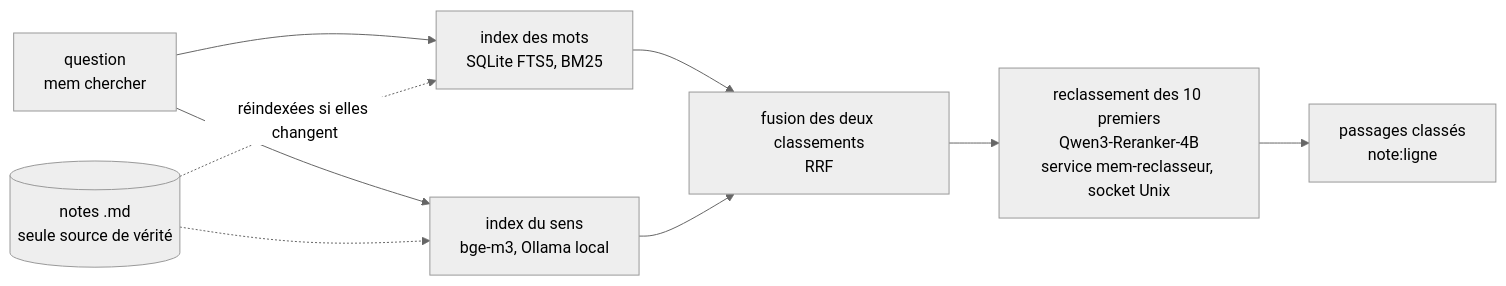
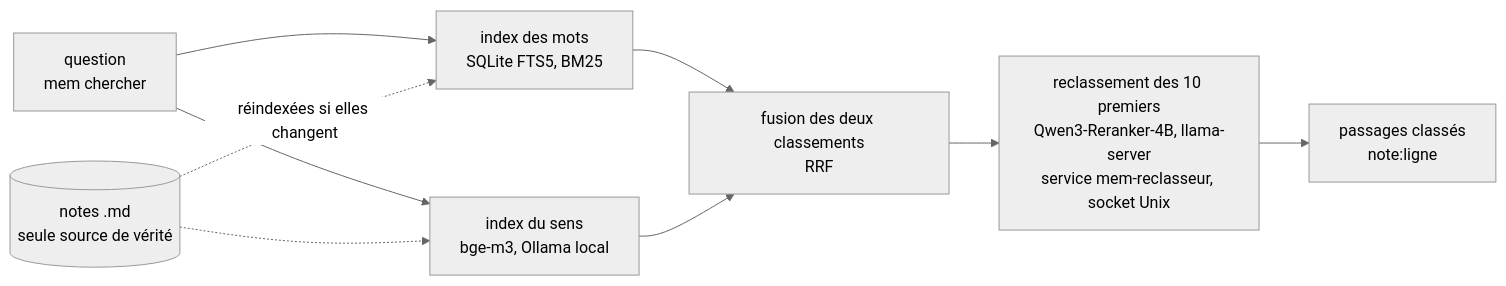
The first of 2 diagrams in README.fr.md (drly77/mem-agents), drawn with Mermaid (neutral theme) before and after one commit. The commit also changed other lines of this file and 6 other files, not shown here.

Commit message:
reclasseur : installation par llama-server, ancienne méthode Node.js gardée ; README et temps mis à jour

````diff
--- a/README.fr.md
+++ b/README.fr.md
@@ -144,11 +145,11 @@
 ```mermaid
 flowchart LR
   Q["question<br/>mem chercher"] --> W["index des mots<br/>SQLite FTS5, BM25"]
   Q --> S["index du sens<br/>bge-m3, Ollama local"]
   W --> F["fusion des deux classements<br/>RRF"]
   S --> F
-  F --> R["reclassement des 10 premiers<br/>Qwen3-Reranker-4B<br/>service mem-reclasseur, socket Unix"]
+  F --> R["reclassement des 10 premiers<br/>Qwen3-Reranker-4B, llama-server<br/>service mem-reclasseur, socket Unix"]
   R --> A["passages classés<br/>note:ligne"]
   N[("notes .md<br/>seule source de vérité")] -. "réindexées si elles changent" .-> W
   N -.-> S
 ```
````
